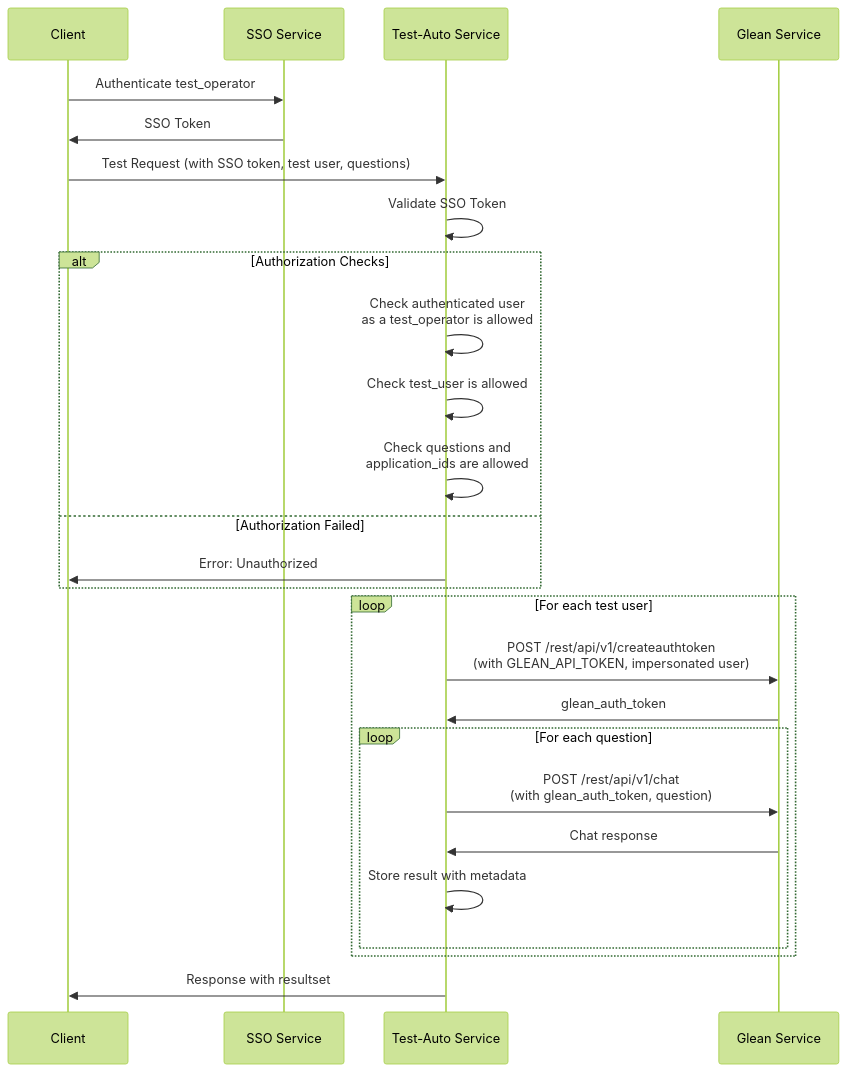
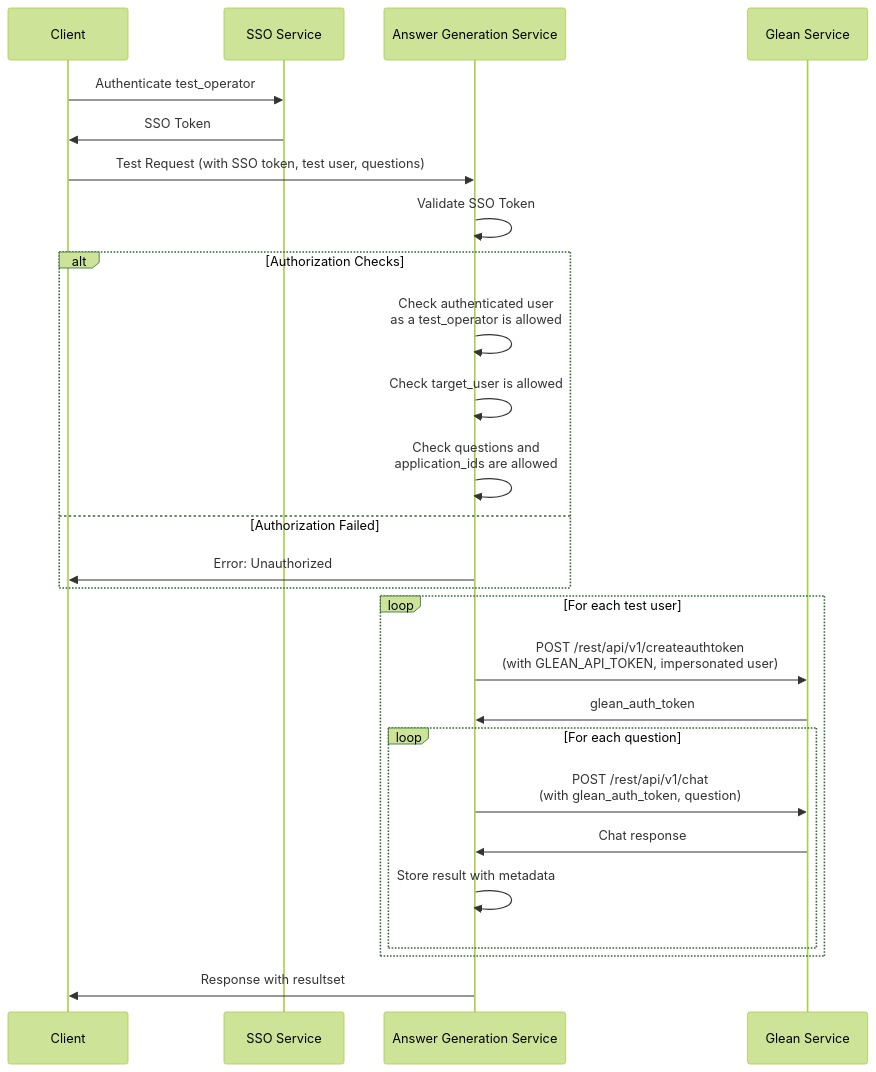
Before and after one commit to andrewhzy/test-automation: the second of 2 diagrams in test-automation-architecture.md, drawn with Mermaid (forest theme). The commit also changed other lines of this file and 1 other file, not shown here.

Commit message:
updated oas.yaml and test-automation-architecture.md files

````diff
--- a/test-automation-architecture.md
+++ b/test-automation-architecture.md
@@ -48,32 +49,32 @@
 ```mermaid
 sequenceDiagram
     participant C as Client
     participant SSO as SSO Service
-    participant TA as Test-Auto Service
+    participant TA as Answer Generation Service
     participant G as Glean Service
     
     C->>SSO: Authenticate test_operator
     SSO->>C: SSO Token
     C->>TA: Test Request (with SSO token, test user, questions)
     TA->>TA: Validate SSO Token
     
     alt Authorization Checks
         TA->>TA: Check authenticated user <br/>as a test_operator is allowed
-        TA->>TA: Check test_user is allowed
+        TA->>TA: Check target_user is allowed
         TA->>TA: Check questions and <br/>application_ids are allowed
     else Authorization Failed
         TA->>C: Error: Unauthorized
     end
     
     loop For each test user
         TA->>G: POST /rest/api/v1/createauthtoken <br/>(with GLEAN_API_TOKEN, impersonated user)
         G->>TA: glean_auth_token
         loop For each question
             TA->>G: POST /rest/api/v1/chat<br/> (with glean_auth_token, question)
             G->>TA: Chat response
             TA->>TA: Store result with metadata
         end
     end
 
     TA->>C: Response with resultset
 ```
````
